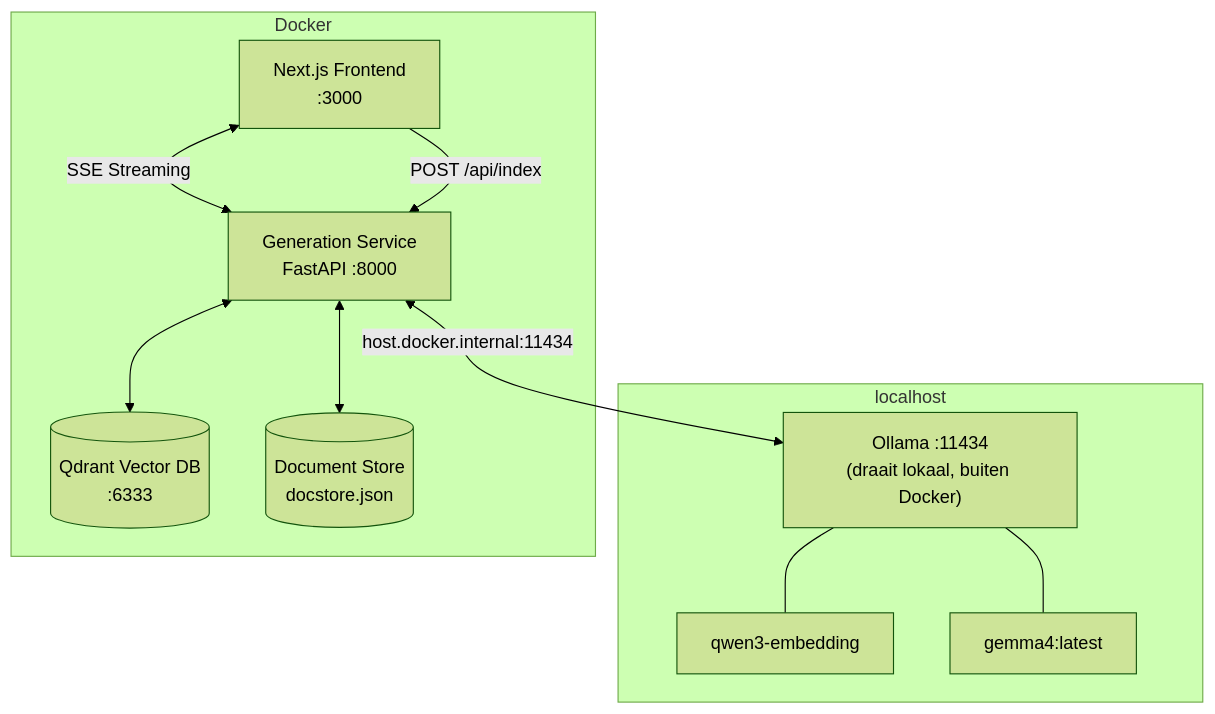
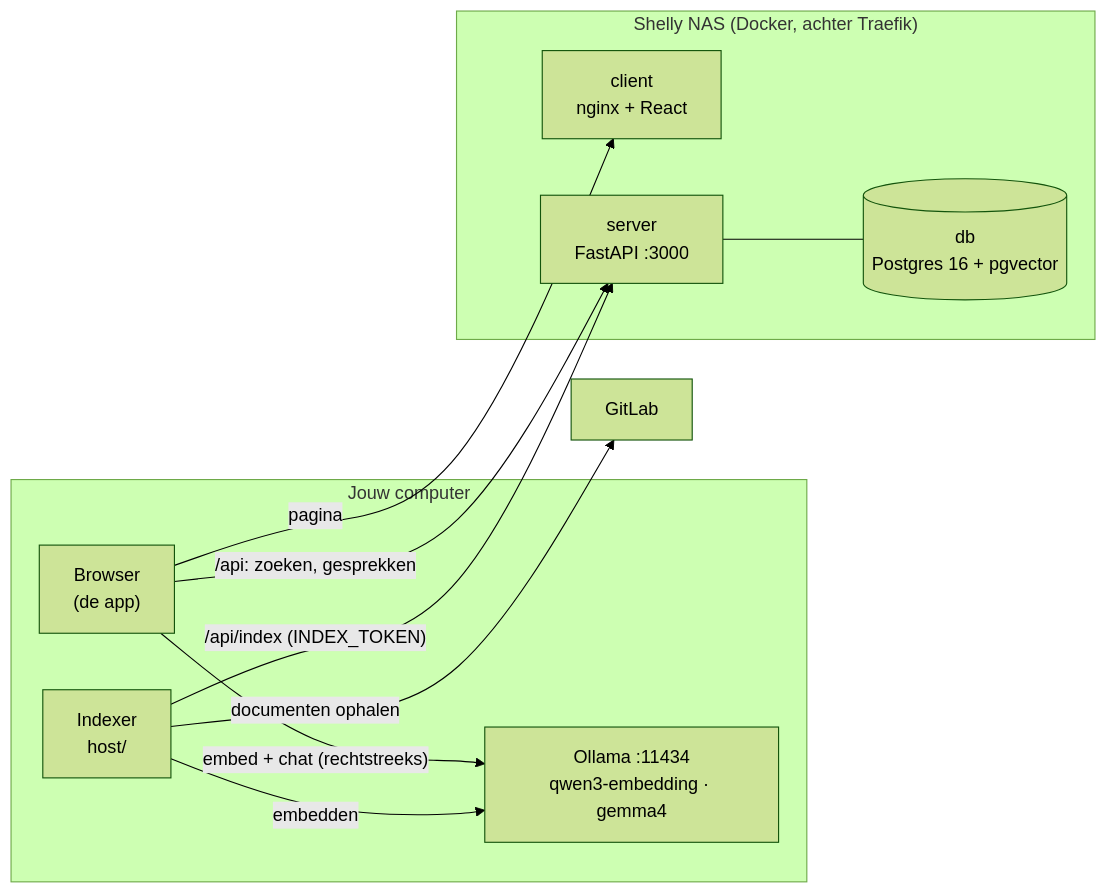
The diagram in README.md (shelly-nas/shelly-chat), drawn with Mermaid (forest theme) before and after one commit. The commit also changed other lines of this file and 243 other files, not shown here.

First line of the commit message:
feat: scaffold shelly-chat with web and db on the NAS and Ollama on the user's machine

````diff
--- a/README.md
+++ b/README.md
@@ -12,24 +14,22 @@
 ```mermaid
-flowchart TB
-    subgraph HOST["localhost"]
-        OLL["Ollama :11434<br/>(draait lokaal, buiten Docker)"]
-        EMB[qwen3-embedding]
-        LLM[gemma4:latest]
-        OLL --- EMB
-        OLL --- LLM
+flowchart LR
+    subgraph PC["Jouw computer"]
+        B["Browser<br/>(de app)"]
+        O["Ollama :11434<br/>qwen3-embedding · gemma4"]
+        I["Indexer<br/>host/"]
     end
+    subgraph NAS["Shelly NAS (Docker, achter Traefik)"]
+        C["client<br/>nginx + React"]
+        S["server<br/>FastAPI :3000"]
+        D[("db<br/>Postgres 16 + pgvector")]
+    end
+    G["GitLab"]
 
-    subgraph DOCKER["Docker"]
-        UI[Next.js Frontend<br/>:3000]
-        GEN[Generation Service<br/>FastAPI :8000]
-        VDB[(Qdrant Vector DB<br/>:6333)]
-        DOC[(Document Store<br/>docstore.json)]
-
-        UI <-->|SSE Streaming| GEN
-        GEN <--> VDB
-        GEN <--> DOC
-    end
-
-    GEN <-->|"host.docker.internal:11434"| OLL
-    UI -->|"POST /api/index"| GEN
+    B -- "pagina" --> C
+    B -- "/api: zoeken, gesprekken" --> S
+    B -- "embed + chat (rechtstreeks)" --> O
+    S --- D
+    I -- "documenten ophalen" --> G
+    I -- "embedden" --> O
+    I -- "/api/index (INDEX_TOKEN)" --> S
 ```
````
